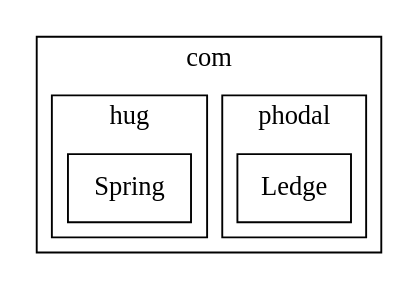
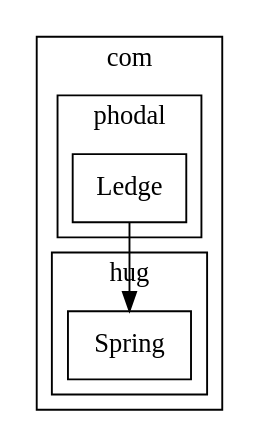
One commit to phodal/coca changed the diagram in _fixtures/visual/visual_demo.dot. Above: the diagram before and after it, drawn with Graphviz. The commit also changed 1 other file, not shown here.

```diff
--- a/_fixtures/visual/visual_demo.dot
+++ b/_fixtures/visual/visual_demo.dot
@@ -1,14 +1,16 @@
 digraph G {
     subgraph cluster1 {
         label = "com"
 
             subgraph cluster2 {
                 label = "phodal"
                 node19 [ label="Ledge", shape=box ];
             }
             subgraph cluster3 {
                 label = "hug"
                 node20 [ label="Spring", shape=box ];
             }
     }
+
+    node19 -> node20
 }
```
